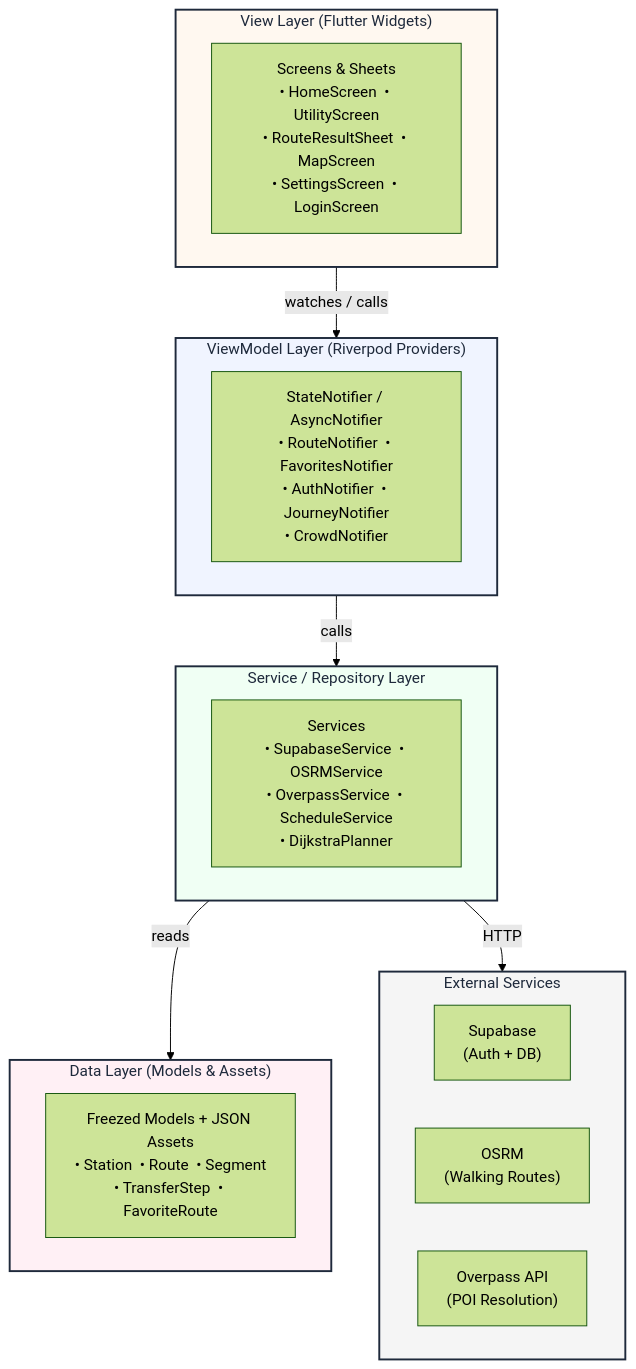
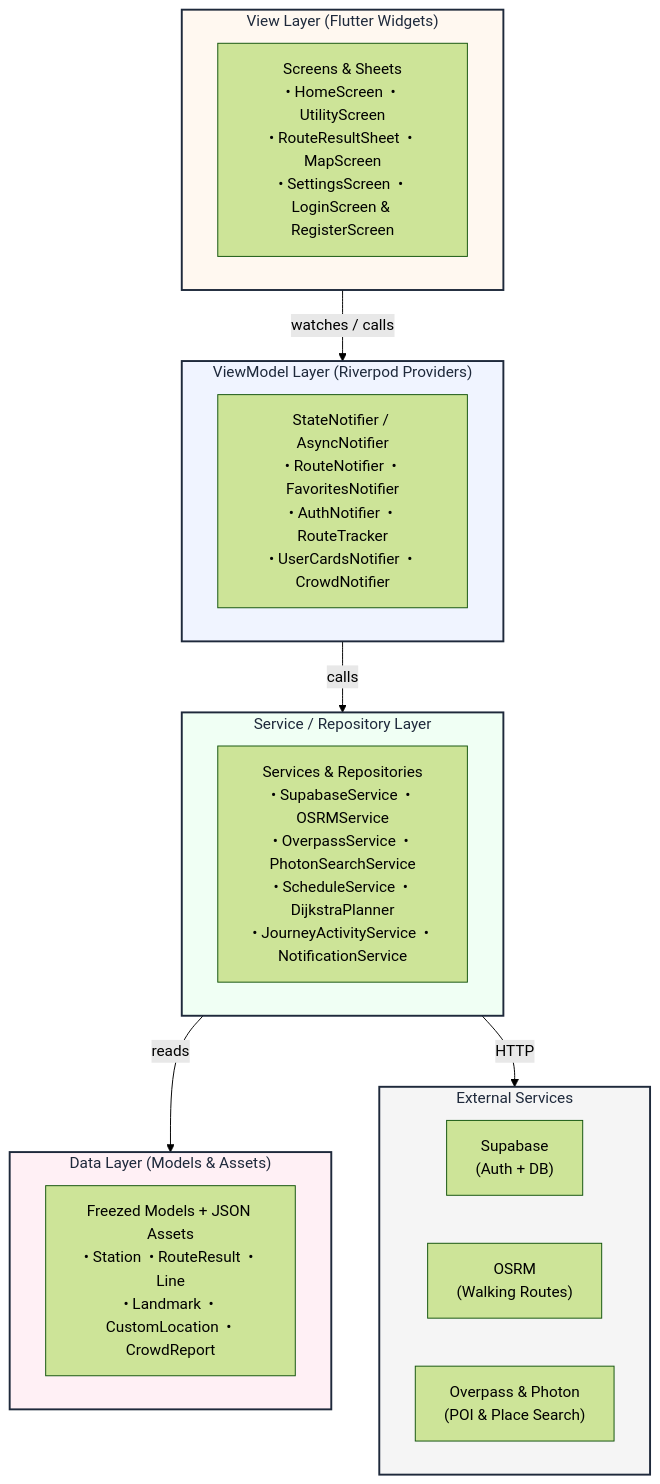
One commit to Full-Stack-boi/Bangkok-Transit-Planner changed the diagram in README.md. Above: the diagram before and after it, drawn with Mermaid (forest theme). The commit also changed other lines of this file, not shown here.

````diff
--- a/README.md
+++ b/README.md
@@ -120,34 +133,34 @@
 ```mermaid
 flowchart TD
     subgraph UI ["View Layer (Flutter Widgets)"]
         style UI fill:#fff8f0,stroke:#1e293b,stroke-width:2px,color:#1e293b
-        SCREENS["Screens & Sheets\n• HomeScreen  • UtilityScreen\n• RouteResultSheet  • MapScreen\n• SettingsScreen  • LoginScreen"]
+        SCREENS["Screens & Sheets\n• HomeScreen  • UtilityScreen\n• RouteResultSheet  • MapScreen\n• SettingsScreen  • LoginScreen & RegisterScreen"]
     end
 
     subgraph VM ["ViewModel Layer (Riverpod Providers)"]
         style VM fill:#f0f4ff,stroke:#1e293b,stroke-width:2px,color:#1e293b
-        PROVIDERS["StateNotifier / AsyncNotifier\n• RouteNotifier  • FavoritesNotifier\n• AuthNotifier  • JourneyNotifier\n• CrowdNotifier"]
+        PROVIDERS["StateNotifier / AsyncNotifier\n• RouteNotifier  • FavoritesNotifier\n• AuthNotifier  • RouteTracker\n• UserCardsNotifier  • CrowdNotifier"]
     end
 
     subgraph SVC ["Service / Repository Layer"]
         style SVC fill:#f0fff4,stroke:#1e293b,stroke-width:2px,color:#1e293b
-        SERVICES["Services\n• SupabaseService  • OSRMService\n• OverpassService  • ScheduleService\n• DijkstraPlanner"]
+        SERVICES["Services & Repositories\n• SupabaseService  • OSRMService\n• OverpassService  • PhotonSearchService\n• ScheduleService  • DijkstraPlanner\n• JourneyActivityService  • NotificationService"]
     end
 
     subgraph DATA ["Data Layer (Models & Assets)"]
         style DATA fill:#fff0f5,stroke:#1e293b,stroke-width:2px,color:#1e293b
-        MODELS["Freezed Models + JSON Assets\n• Station  • Route  • Segment\n• TransferStep  • FavoriteRoute"]
+        MODELS["Freezed Models + JSON Assets\n• Station  • RouteResult  • Line\n• Landmark  • CustomLocation  • CrowdReport"]
     end
 
     subgraph EXT ["External Services"]
         style EXT fill:#f5f5f5,stroke:#1e293b,stroke-width:2px,color:#1e293b
         SUP["Supabase\n(Auth + DB)"]
         OSRM["OSRM\n(Walking Routes)"]
-        OVP["Overpass API\n(POI Resolution)"]
+        OVP["Overpass & Photon\n(POI & Place Search)"]
     end
 
     UI -- "watches / calls" --> VM
     VM -- "calls" --> SVC
     SVC -- "reads" --> DATA
     SVC -- "HTTP" --> EXT
 ```
````
